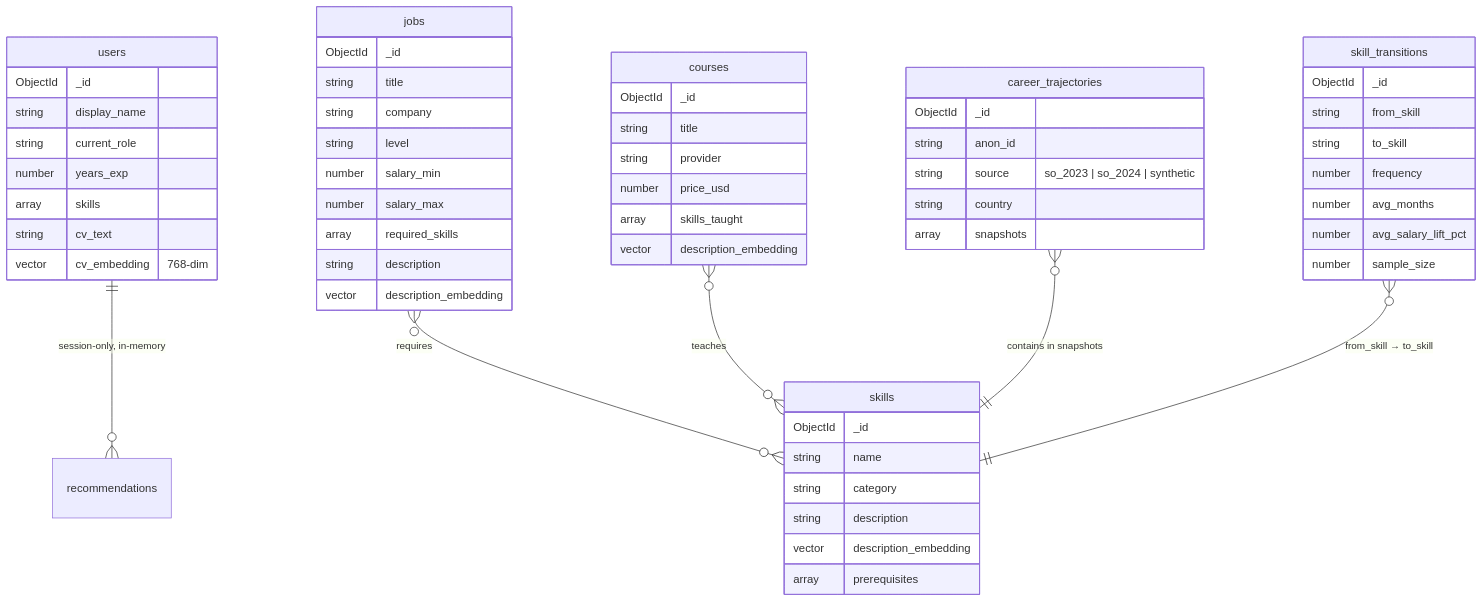
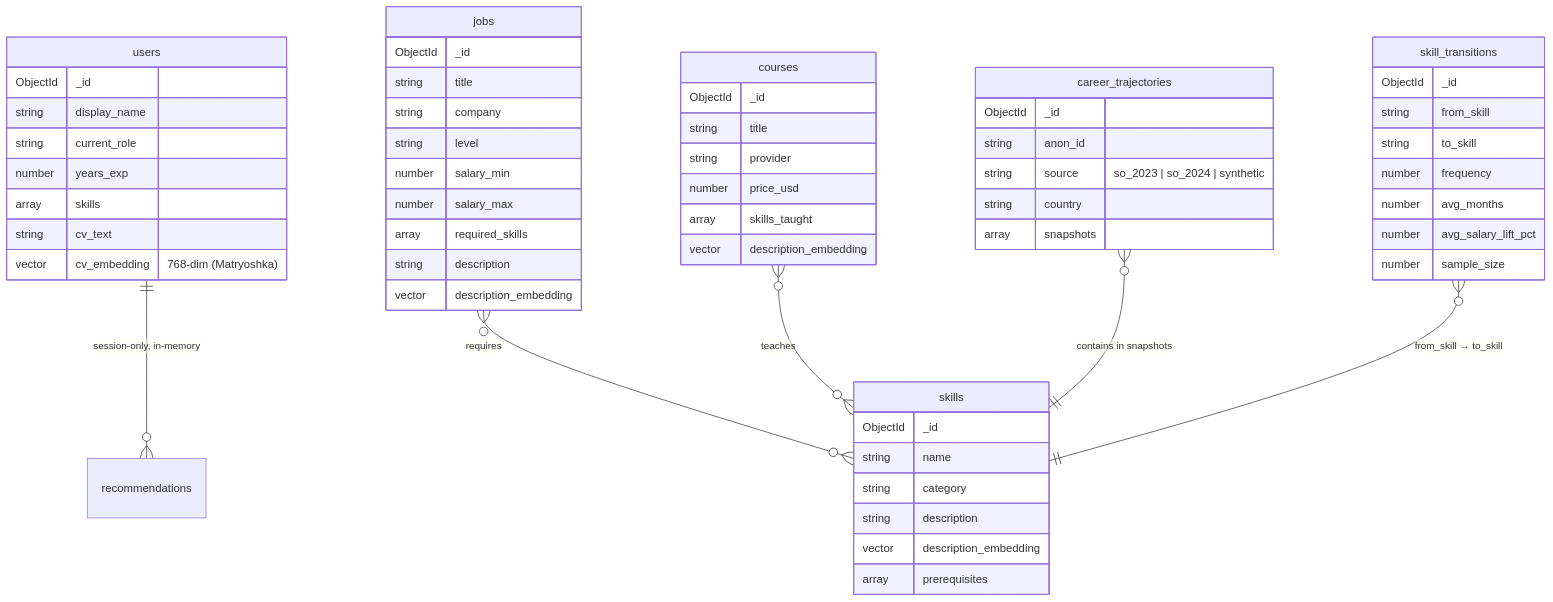
One commit to trahoangdev/path-finder changed the fourth of 5 diagrams in docs/TECHNICAL_DOC.md. Above: the diagram before and after it, drawn with Mermaid. The commit also changed other lines of this file and 179 other files, not shown here.

````diff
--- a/docs/TECHNICAL_DOC.md
+++ b/docs/TECHNICAL_DOC.md
@@ -238,61 +252,61 @@
 ```mermaid
 erDiagram
     users ||--o{ recommendations : "session-only, in-memory"
     jobs }o--o{ skills : requires
     courses }o--o{ skills : teaches
     career_trajectories }o--|| skills : "contains in snapshots"
     skill_transitions }o--|| skills : "from_skill → to_skill"
     
     users {
         ObjectId _id
         string display_name
         string current_role
         number years_exp
         array skills
         string cv_text
-        vector cv_embedding "768-dim"
+        vector cv_embedding "768-dim (Matryoshka)"
     }
     jobs {
         ObjectId _id
         string title
         string company
         string level
         number salary_min
         number salary_max
         array required_skills
         string description
         vector description_embedding
     }
     skills {
         ObjectId _id
         string name
         string category
         string description
         vector description_embedding
         array prerequisites
     }
     courses {
         ObjectId _id
         string title
         string provider
         number price_usd
         array skills_taught
         vector description_embedding
     }
     career_trajectories {
         ObjectId _id
         string anon_id
         string source "so_2023 | so_2024 | synthetic"
         string country
         array snapshots
     }
     skill_transitions {
         ObjectId _id
         string from_skill
         string to_skill
         number frequency
         number avg_months
         number avg_salary_lift_pct
         number sample_size
     }
 ```
````
